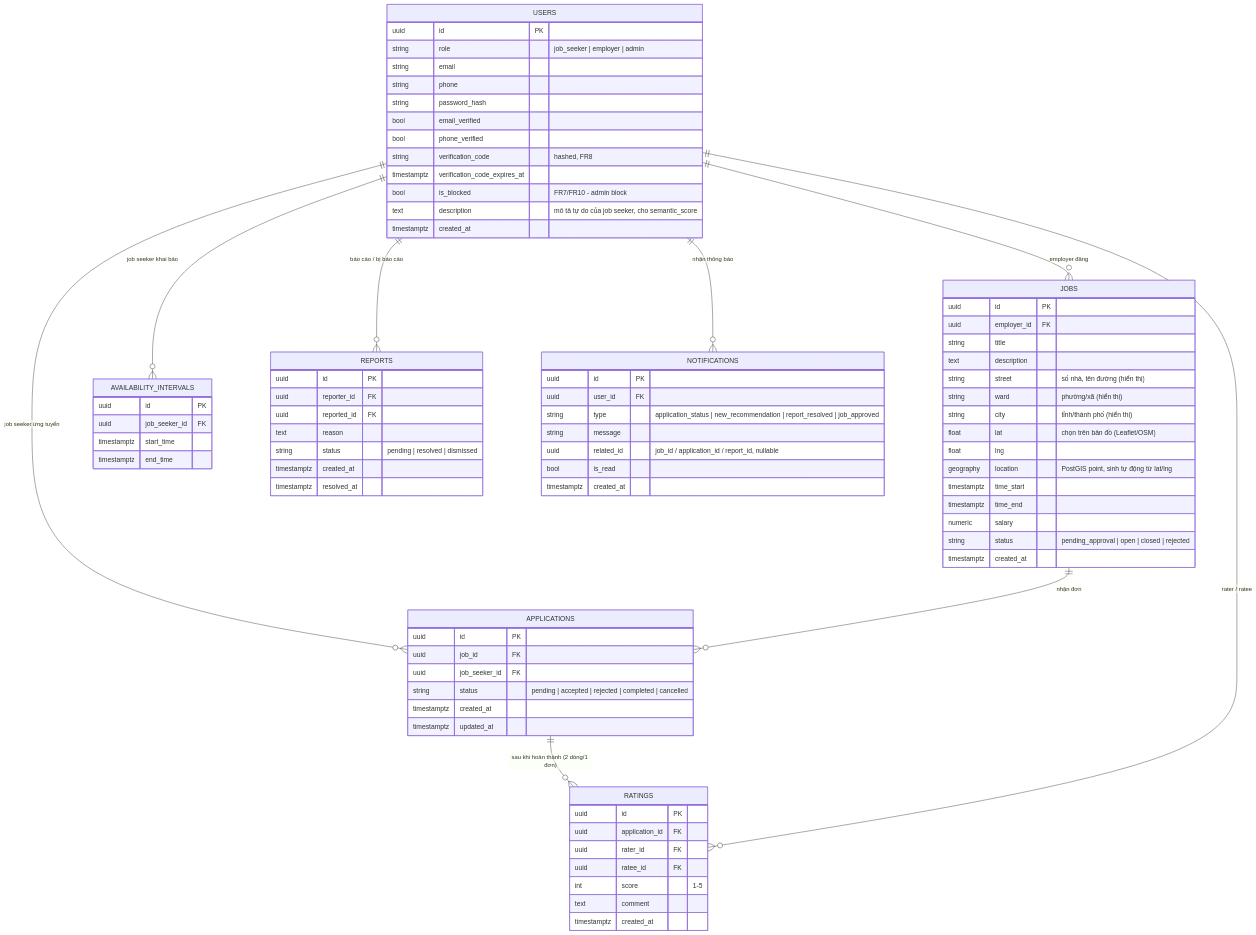
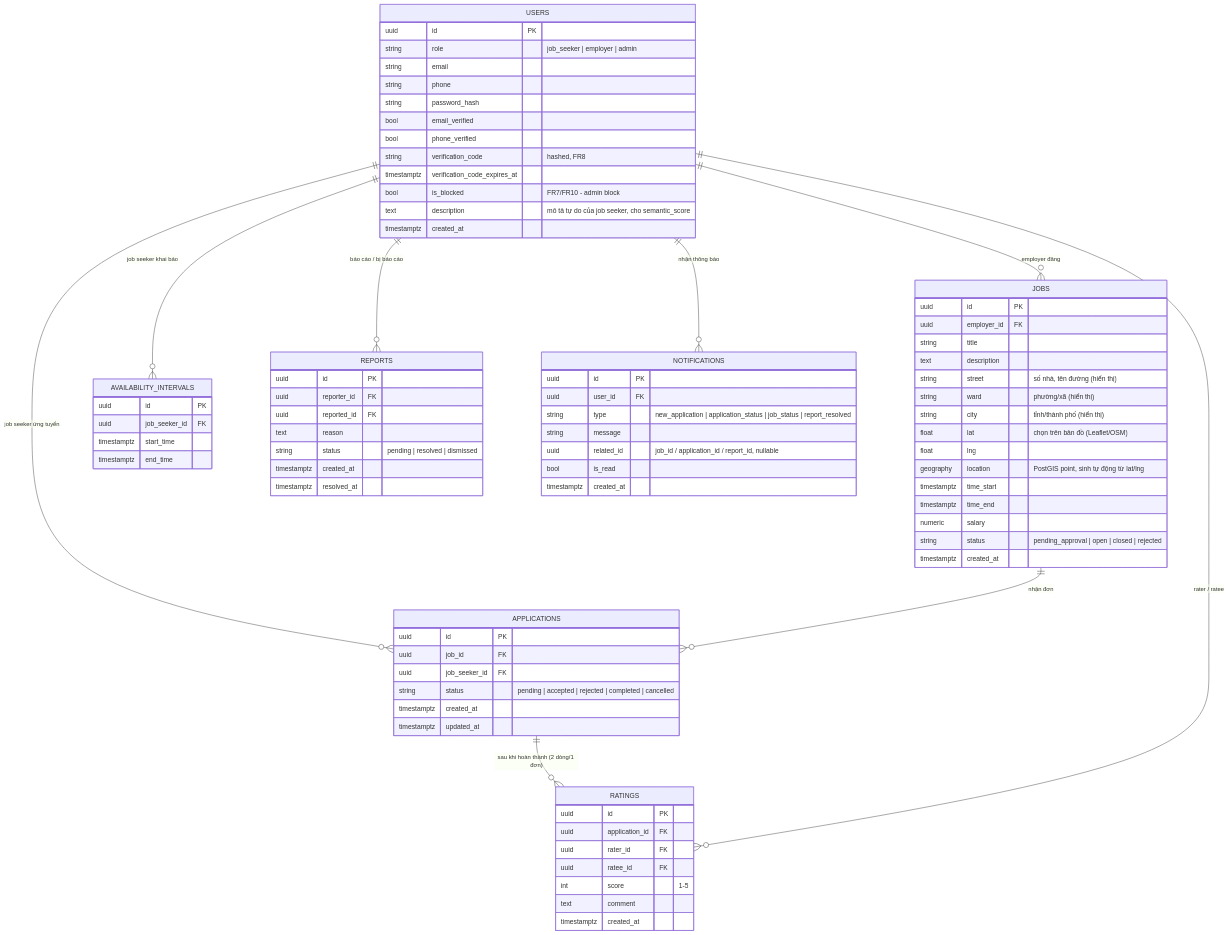
The diagram in docs/design/erd.md (VanSyx/DATN_TimViecPartTime), drawn with Mermaid before and after one commit. The commit also changed other lines of this file and 25 other files, not shown here.

```diff
--- a/docs/design/erd.md
+++ b/docs/design/erd.md
@@ -79,7 +79,7 @@
     NOTIFICATIONS {
         uuid id PK
         uuid user_id FK
-        string type "application_status | new_recommendation | report_resolved | job_approved"
+        string type "new_application | application_status | job_status | report_resolved"
         string message
         uuid related_id "job_id / application_id / report_id, nullable"
         bool is_read
```
